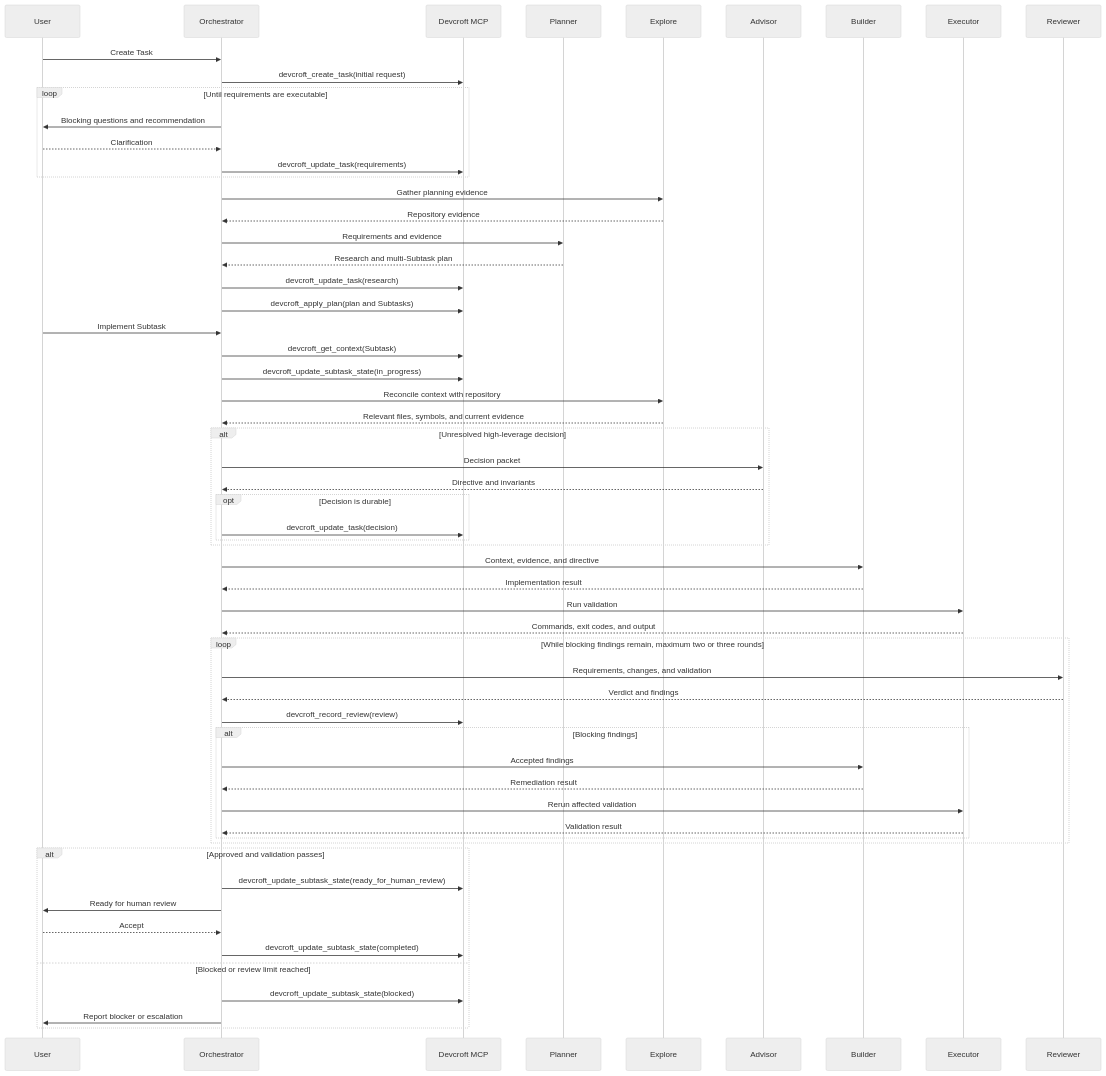
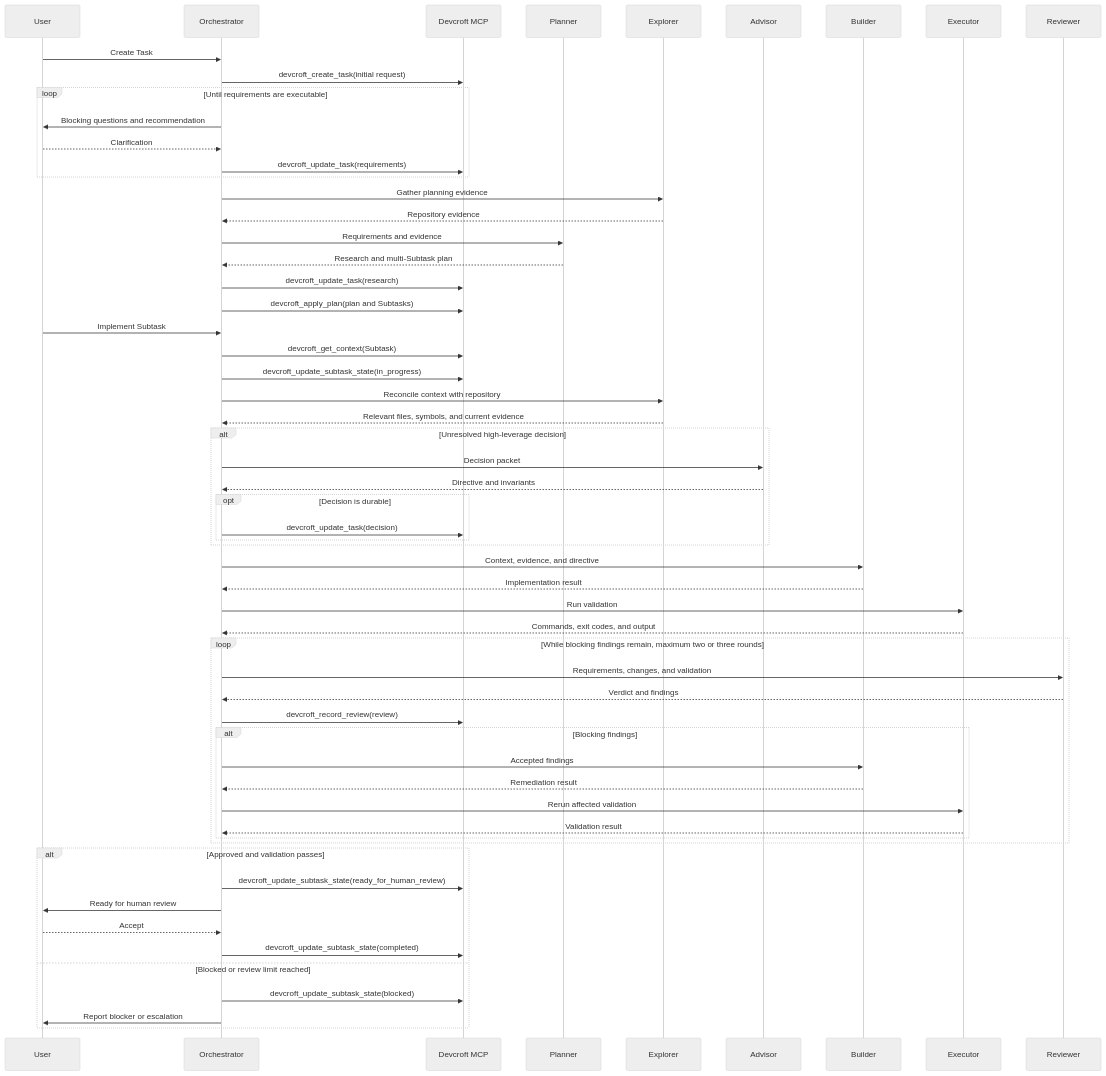
The diagram in dot_config/opencode/WORKFLOW.md (hossainemruz/dotfiles), drawn with Mermaid (neutral theme) before and after one commit. The commit also changed other lines of this file, not shown here.

````diff
--- a/dot_config/opencode/WORKFLOW.md
+++ b/dot_config/opencode/WORKFLOW.md
@@ -187,68 +185,68 @@
 ```mermaid
 sequenceDiagram
     participant User
     participant Orchestrator
     participant MCP as Devcroft MCP
     participant Planner
-    participant Explore
+    participant Explorer
     participant Advisor
     participant Builder
     participant Executor
     participant Reviewer
 
     User->>Orchestrator: Create Task
     Orchestrator->>MCP: devcroft_create_task(initial request)
     loop Until requirements are executable
         Orchestrator->>User: Blocking questions and recommendation
         User-->>Orchestrator: Clarification
         Orchestrator->>MCP: devcroft_update_task(requirements)
     end
 
-    Orchestrator->>Explore: Gather planning evidence
-    Explore-->>Orchestrator: Repository evidence
+    Orchestrator->>Explorer: Gather planning evidence
+    Explorer-->>Orchestrator: Repository evidence
     Orchestrator->>Planner: Requirements and evidence
     Planner-->>Orchestrator: Research and multi-Subtask plan
     Orchestrator->>MCP: devcroft_update_task(research)
     Orchestrator->>MCP: devcroft_apply_plan(plan and Subtasks)
 
     User->>Orchestrator: Implement Subtask
     Orchestrator->>MCP: devcroft_get_context(Subtask)
     Orchestrator->>MCP: devcroft_update_subtask_state(in_progress)
-    Orchestrator->>Explore: Reconcile context with repository
-    Explore-->>Orchestrator: Relevant files, symbols, and current evidence
+    Orchestrator->>Explorer: Reconcile context with repository
+    Explorer-->>Orchestrator: Relevant files, symbols, and current evidence
 
     alt Unresolved high-leverage decision
         Orchestrator->>Advisor: Decision packet
         Advisor-->>Orchestrator: Directive and invariants
         opt Decision is durable
             Orchestrator->>MCP: devcroft_update_task(decision)
         end
     end
 
     Orchestrator->>Builder: Context, evidence, and directive
     Builder-->>Orchestrator: Implementation result
     Orchestrator->>Executor: Run validation
     Executor-->>Orchestrator: Commands, exit codes, and output
 
     loop While blocking findings remain, maximum two or three rounds
         Orchestrator->>Reviewer: Requirements, changes, and validation
         Reviewer-->>Orchestrator: Verdict and findings
         Orchestrator->>MCP: devcroft_record_review(review)
         alt Blocking findings
             Orchestrator->>Builder: Accepted findings
             Builder-->>Orchestrator: Remediation result
             Orchestrator->>Executor: Rerun affected validation
             Executor-->>Orchestrator: Validation result
         end
     end
 
     alt Approved and validation passes
         Orchestrator->>MCP: devcroft_update_subtask_state(ready_for_human_review)
         Orchestrator->>User: Ready for human review
         User-->>Orchestrator: Accept
         Orchestrator->>MCP: devcroft_update_subtask_state(completed)
     else Blocked or review limit reached
         Orchestrator->>MCP: devcroft_update_subtask_state(blocked)
         Orchestrator->>User: Report blocker or escalation
     end
 ```
````
